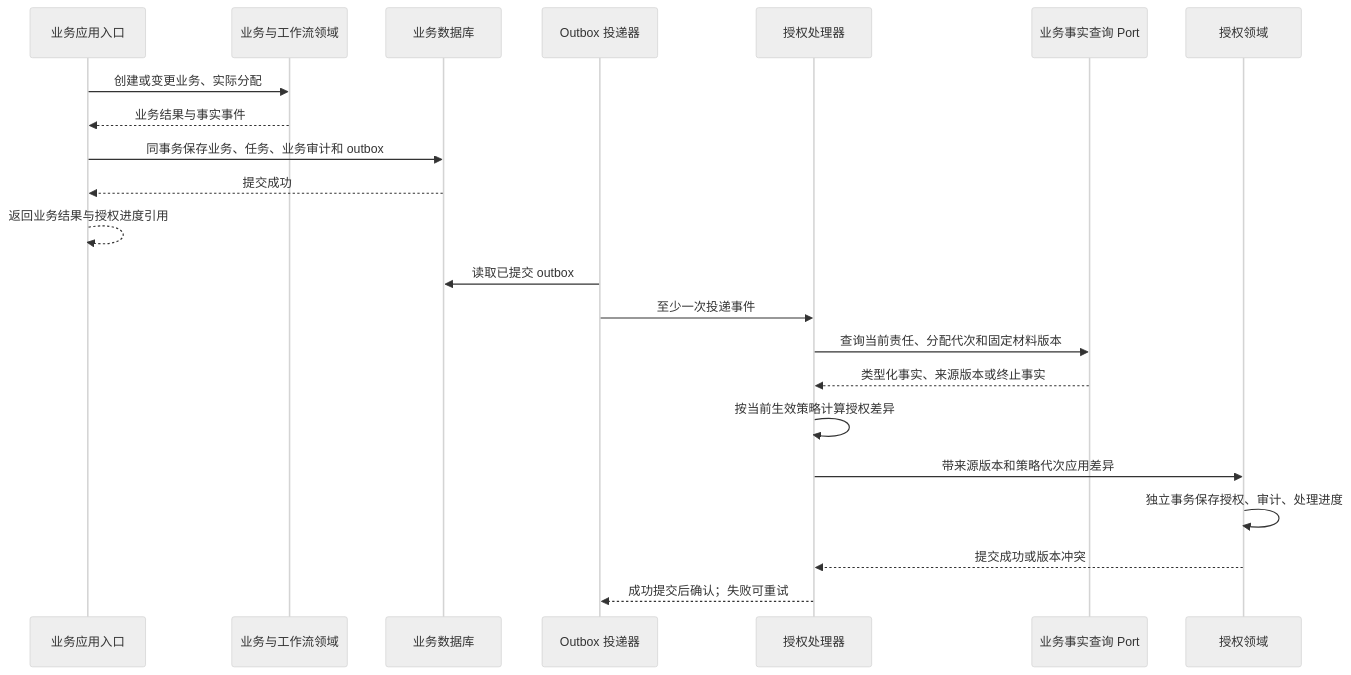
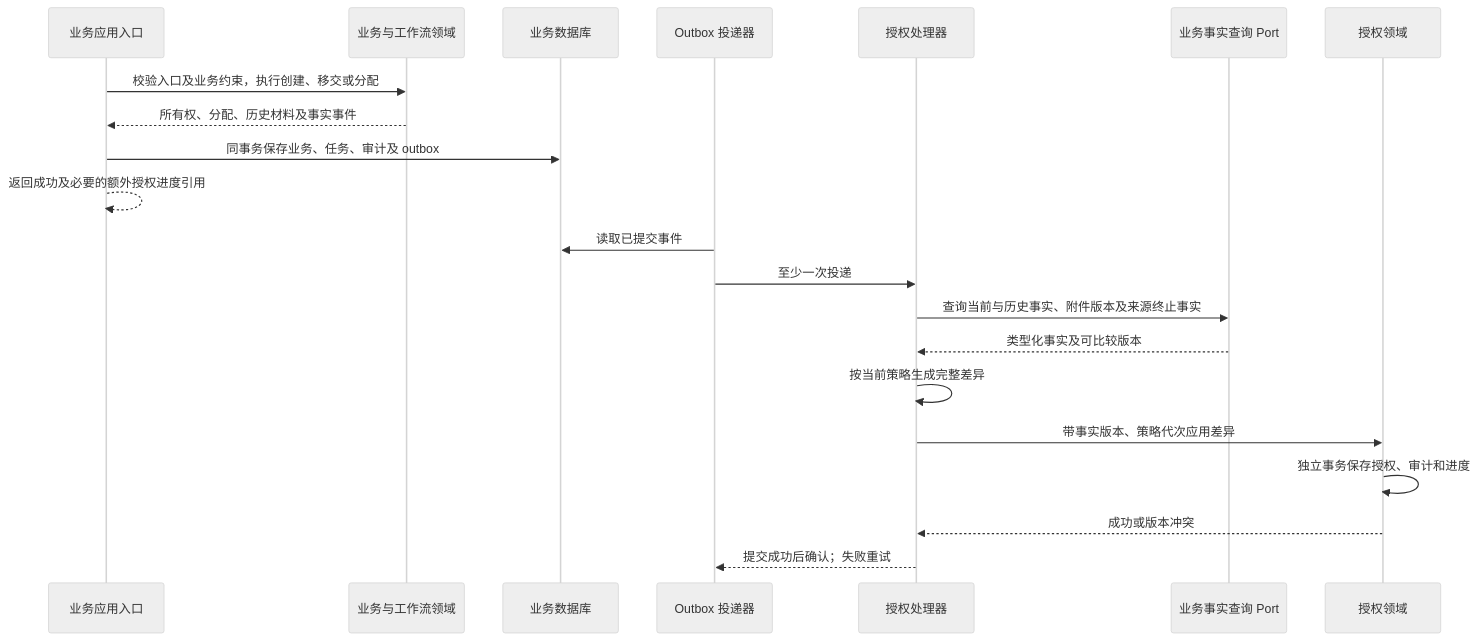
One commit to mztlive/erp changed the diagram in docs/resource-authorization-design.md. Above: the diagram before and after it, drawn with Mermaid (neutral theme). The commit also changed other lines of this file and 3 other files, not shown here.

````diff
--- a/docs/resource-authorization-design.md
+++ b/docs/resource-authorization-design.md
@@ -69,24 +107,23 @@
 ```mermaid
 sequenceDiagram
     participant command as 业务应用入口
     participant domain as 业务与工作流领域
     participant store as 业务数据库
     participant relay as Outbox 投递器
     participant worker as 授权处理器
     participant facts as 业务事实查询 Port
     participant auth as 授权领域
-    command->>domain: 创建或变更业务、实际分配
-    domain-->>command: 业务结果与事实事件
-    command->>store: 同事务保存业务、任务、业务审计和 outbox
-    store-->>command: 提交成功
-    command-->>command: 返回业务结果与授权进度引用
-    relay->>store: 读取已提交 outbox
-    relay->>worker: 至少一次投递事件
-    worker->>facts: 查询当前责任、分配代次和固定材料版本
-    facts-->>worker: 类型化事实、来源版本或终止事实
-    worker->>worker: 按当前生效策略计算授权差异
-    worker->>auth: 带来源版本和策略代次应用差异
-    auth->>auth: 独立事务保存授权、审计、处理进度
-    auth-->>worker: 提交成功或版本冲突
-    worker-->>relay: 成功提交后确认；失败可重试
+    command->>domain: 校验入口及业务约束，执行创建、移交或分配
+    domain-->>command: 所有权、分配、历史材料及事实事件
+    command->>store: 同事务保存业务、任务、审计及 outbox
+    command-->>command: 返回成功及必要的额外授权进度引用
+    relay->>store: 读取已提交事件
+    relay->>worker: 至少一次投递
+    worker->>facts: 查询当前与历史事实、附件版本及来源终止事实
+    facts-->>worker: 类型化事实及可比较版本
+    worker->>worker: 按当前策略生成完整差异
+    worker->>auth: 带事实版本、策略代次应用差异
+    auth->>auth: 独立事务保存授权、审计和进度
+    auth-->>worker: 成功或版本冲突
+    worker-->>relay: 提交成功后确认；失败重试
 ```
````
